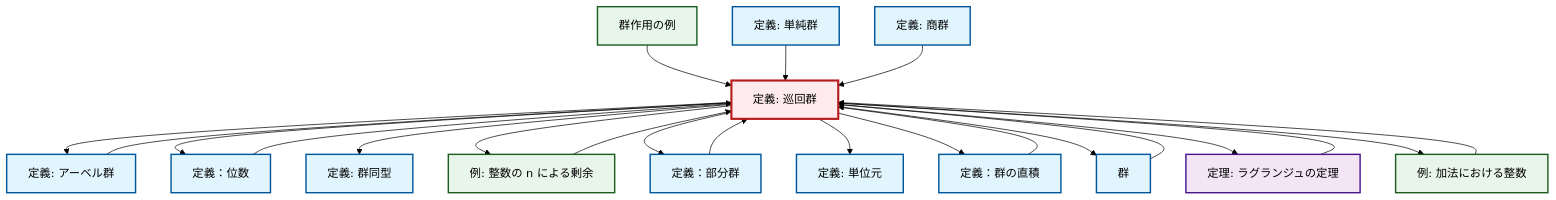
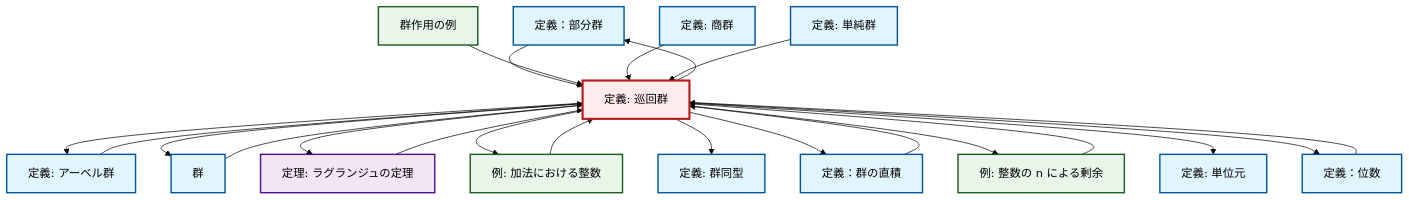
Before and after one commit to RK0429/ModernMath: the diagram in content/ja/algebra/def-cyclic-group.qmd, drawn with Mermaid (forest theme). The commit also changed 672 other files, not shown here.

````diff
--- a/content/ja/algebra/def-cyclic-group.qmd
+++ b/content/ja/algebra/def-cyclic-group.qmd
@@ -102,58 +102,58 @@
 ```{mermaid}
-%%| fig-cap: "Local dependency graph"
+%%| fig-cap: "ローカル依存関係グラフ"
 graph TD
     classDef definition fill:#e1f5fe,stroke:#01579b,stroke-width:2px
     classDef theorem fill:#f3e5f5,stroke:#4a148c,stroke-width:2px
     classDef axiom fill:#fff3e0,stroke:#e65100,stroke-width:2px
     classDef example fill:#e8f5e9,stroke:#1b5e20,stroke-width:2px
     classDef current fill:#ffebee,stroke:#b71c1c,stroke-width:3px
-    def-simple-group["定義: 単純群"]:::definition
-    def-identity-element["定義: 単位元"]:::definition
     def-subgroup["定義：部分群"]:::definition
-    def-isomorphism["定義: 群同型"]:::definition
     def-cyclic-group["定義: 巡回群"]:::definition
     def-order["定義：位数"]:::definition
+    def-direct-product["定義：群の直積"]:::definition
+    def-quotient-group["定義: 商群"]:::definition
+    ex-integers-addition["例: 加法における整数"]:::example
+    ex-group-action-examples["群作用の例"]:::example
+    def-isomorphism["定義: 群同型"]:::definition
+    ex-quotient-integers-mod-n["例: 整数の n による剰余"]:::example
     thm-lagrange["定理: ラグランジュの定理"]:::theorem
+    def-group["群"]:::definition
+    def-identity-element["定義: 単位元"]:::definition
+    def-simple-group["定義: 単純群"]:::definition
     def-abelian-group["定義: アーベル群"]:::definition
-    ex-integers-addition["例: 加法における整数"]:::example
-    def-quotient-group["定義: 商群"]:::definition
-    ex-group-action-examples["群作用の例"]:::example
-    def-direct-product["定義：群の直積"]:::definition
-    def-group["群"]:::definition
-    ex-quotient-integers-mod-n["例: 整数の n による剰余"]:::example
     def-cyclic-group --> def-abelian-group
-    ex-group-action-examples --> def-cyclic-group
-    def-cyclic-group --> def-order
-    def-cyclic-group --> def-isomorphism
+    ex-quotient-integers-mod-n --> def-cyclic-group
+    def-subgroup --> def-cyclic-group
     def-direct-product --> def-cyclic-group
-    ex-quotient-integers-mod-n --> def-cyclic-group
-    def-cyclic-group --> ex-quotient-integers-mod-n
     ex-integers-addition --> def-cyclic-group
-    thm-lagrange --> def-cyclic-group
-    def-abelian-group --> def-cyclic-group
-    def-simple-group --> def-cyclic-group
-    def-cyclic-group --> def-subgroup
-    def-subgroup --> def-cyclic-group
-    def-cyclic-group --> def-identity-element
-    def-quotient-group --> def-cyclic-group
-    def-group --> def-cyclic-group
-    def-cyclic-group --> def-direct-product
     def-cyclic-group --> def-group
     def-cyclic-group --> thm-lagrange
+    def-order --> def-cyclic-group
     def-cyclic-group --> ex-integers-addition
-    def-order --> def-cyclic-group
+    def-abelian-group --> def-cyclic-group
+    def-cyclic-group --> def-isomorphism
+    def-cyclic-group --> def-direct-product
+    def-cyclic-group --> def-subgroup
+    def-cyclic-group --> ex-quotient-integers-mod-n
+    def-cyclic-group --> def-identity-element
+    def-group --> def-cyclic-group
+    def-cyclic-group --> def-order
+    ex-group-action-examples --> def-cyclic-group
+    thm-lagrange --> def-cyclic-group
+    def-quotient-group --> def-cyclic-group
+    def-simple-group --> def-cyclic-group
     class def-cyclic-group current
+    click def-subgroup "def-subgroup.html" "定義：部分群へ"
+    click def-order "def-order.html" "定義：位数へ"
+    click def-direct-product "def-direct-product.html" "定義：群の直積へ"
+    click def-quotient-group "def-quotient-group.html" "商群の定義へ"
+    click ex-integers-addition "ex-integers-addition.html" "加法における整数の例へ"
+    click ex-group-action-examples "ex-group-action-examples.html" "群作用の例へ"
+    click def-isomorphism "def-isomorphism.html" "群同型の定義へ"
+    click ex-quotient-integers-mod-n "ex-quotient-integers-mod-n.html" "整数の n による剰余の例へ"
+    click thm-lagrange "thm-lagrange.html" "ラグランジュの定理の定理へ"
+    click def-group "def-group.html" "群へ"
+    click def-identity-element "def-identity-element.html" "単位元の定義へ"
     click def-simple-group "def-simple-group.html" "単純群の定義へ"
-    click def-identity-element "def-identity-element.html" "単位元の定義へ"
-    click def-subgroup "def-subgroup.html" "定義：部分群へ"
-    click def-isomorphism "def-isomorphism.html" "群同型の定義へ"
-    click def-order "def-order.html" "定義：位数へ"
-    click thm-lagrange "thm-lagrange.html" "ラグランジュの定理の定理へ"
     click def-abelian-group "def-abelian-group.html" "アーベル群の定義へ"
-    click ex-integers-addition "ex-integers-addition.html" "加法における整数の例へ"
-    click def-quotient-group "def-quotient-group.html" "商群の定義へ"
-    click ex-group-action-examples "ex-group-action-examples.html" "群作用の例へ"
-    click def-direct-product "def-direct-product.html" "定義：群の直積へ"
-    click def-group "def-group.html" "群へ"
-    click ex-quotient-integers-mod-n "ex-quotient-integers-mod-n.html" "整数の n による剰余の例へ"
 ```
````
